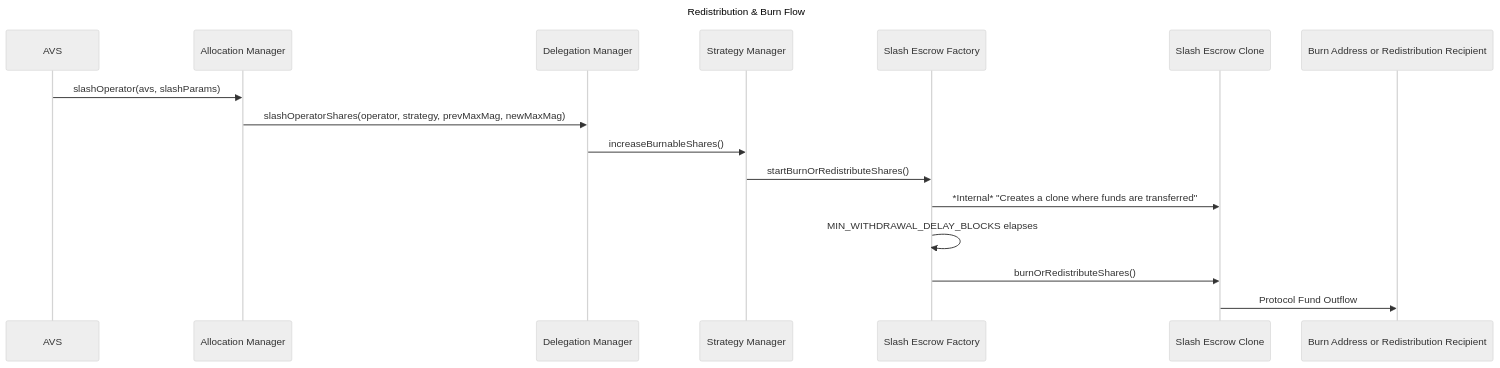
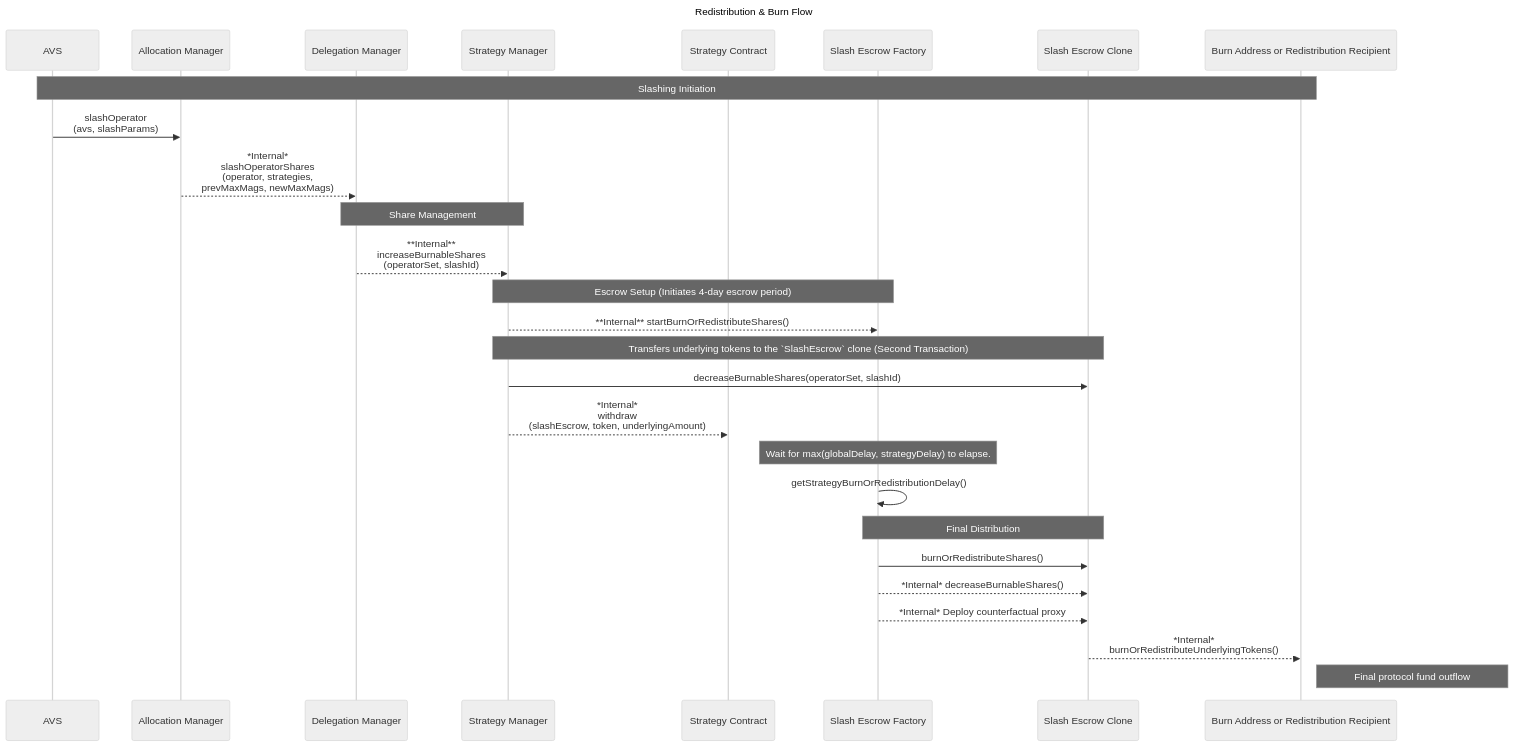
One commit to eigenfoundation/ELIPs changed the diagram in ELIPs/ELIP-006.md. Above: the diagram before and after it, drawn with Mermaid (neutral theme). The commit also changed other lines of this file, not shown here.

````diff
--- a/ELIPs/ELIP-006.md
+++ b/ELIPs/ELIP-006.md
@@ -168,21 +169,35 @@
 ```mermaid
 sequenceDiagram
     title Redistribution & Burn Flow
 
-    participant AVS
+    participant AVS as AVS
     participant ALM as Allocation Manager
     participant DM as Delegation Manager
     participant SM as Strategy Manager
+    participant STR as Strategy Contract
     participant SEF as Slash Escrow Factory
     participant CL as Slash Escrow Clone
     participant BR as Burn Address or Redistribution Recipient
 
-    AVS->>ALM: slashOperator(avs, slashParams)
-    ALM->>DM: slashOperatorShares(operator, strategy, prevMaxMag, newMaxMag)
-    DM->>SM: increaseBurnableShares()
-    SM->>SEF: startBurnOrRedistributeShares()
-    SEF->>CL: *Internal* "Creates a clone where funds are transferred"
-    SEF->>SEF: MIN_WITHDRAWAL_DELAY_BLOCKS elapses
+    Note over AVS,BR: Slashing Initiation
+    AVS->>ALM: slashOperator<br>(avs, slashParams)
+    ALM-->>DM: *Internal* <br>slashOperatorShares<br>(operator, strategies,<br> prevMaxMags, newMaxMags)
+    Note over DM,SM: Share Management
+    DM-->>SM: **Internal**<br>increaseBurnableShares<br>(operatorSet, slashId)
+    Note over SM,SEF: Escrow Setup (Initiates 4-day escrow period)
+    SM-->>SEF: **Internal** startBurnOrRedistributeShares()
+    
+    Note over SM,CL: Transfers underlying tokens to the `SlashEscrow` clone (Second Transaction)
+    SM->>CL: decreaseBurnableShares(operatorSet, slashId)
+    SM-->>STR: *Internal*<br>withdraw<br>(slashEscrow, token, underlyingAmount)
+    
+    Note over SEF,SEF: Wait for max(globalDelay, strategyDelay) to elapse.
+    SEF->>SEF: getStrategyBurnOrRedistributionDelay()
+    
+    Note over SEF,CL: Final Distribution
     SEF->>CL: burnOrRedistributeShares()
-    CL->>BR: Protocol Fund Outflow
+    SEF-->>CL: *Internal* decreaseBurnableShares()
+    SEF-->>CL: *Internal* Deploy counterfactual proxy
+    CL-->>BR: *Internal* <br>burnOrRedistributeUnderlyingTokens()
+    Note right of BR: Final protocol fund outflow
 ```
````
